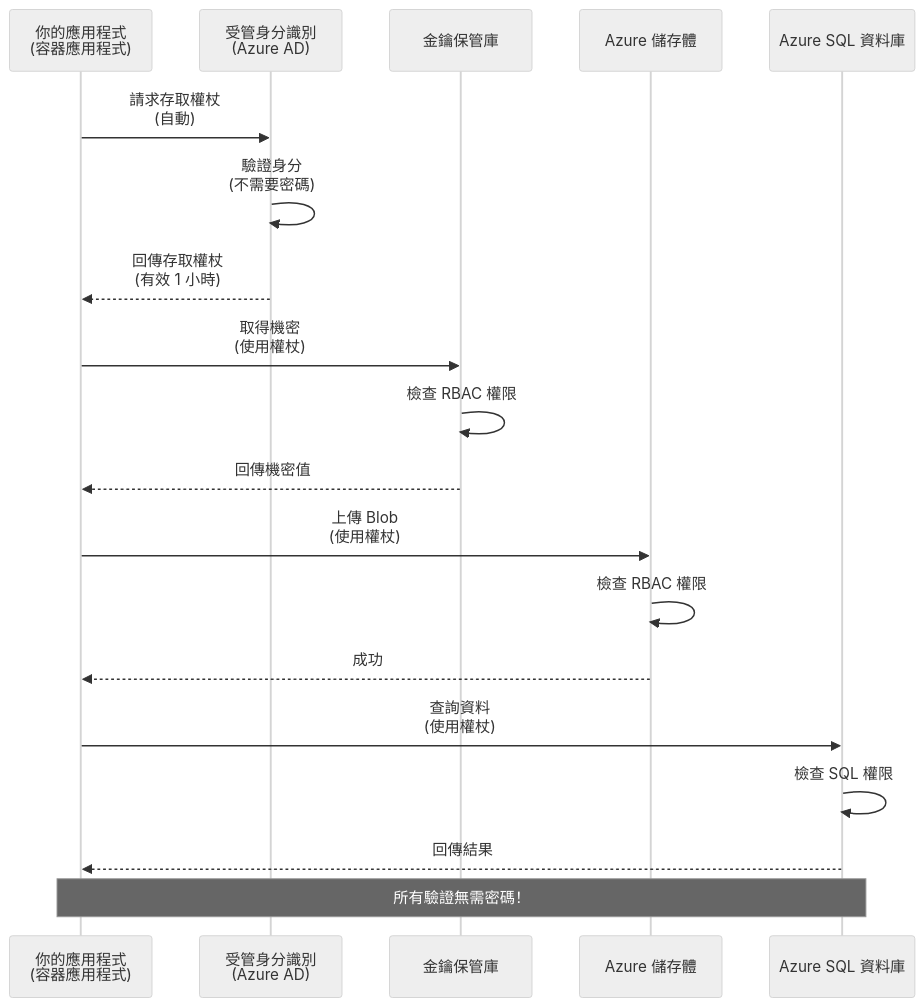
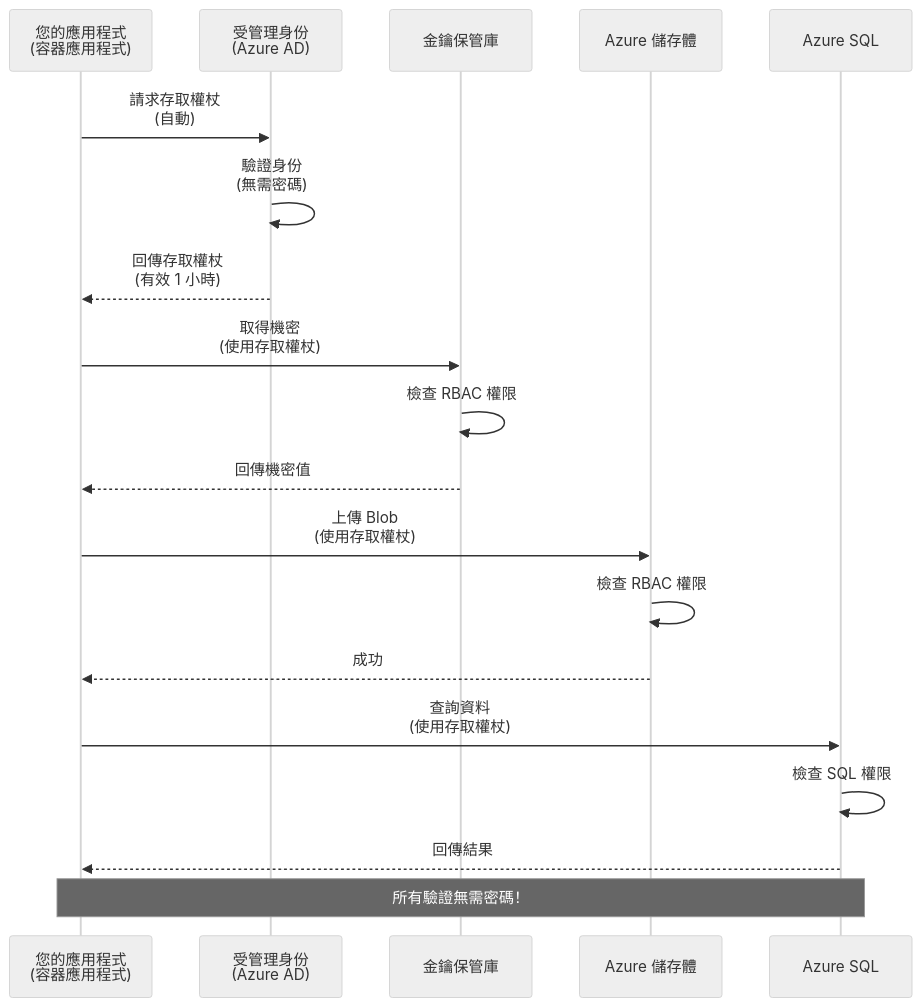
The first of 2 diagrams in translations/zh-MO/docs/chapter-03-configuration/authsecurity.md (microsoft/AZD-for-beginners), drawn with Mermaid (neutral theme) before and after one commit. The commit also changed other lines of this file and 101 other files, not shown here.

````diff
--- a/translations/zh-MO/docs/chapter-03-configuration/authsecurity.md
+++ b/translations/zh-MO/docs/chapter-03-configuration/authsecurity.md
@@ -69,26 +69,26 @@
 ```mermaid
 sequenceDiagram
-    participant App as 你的應用程式<br/>(容器應用程式)
-    participant MI as 受管身分識別<br/>(Azure AD)
+    participant App as 您的應用程式<br/>(容器應用程式)
+    participant MI as 受管理身份<br/>(Azure AD)
     participant KV as 金鑰保管庫
     participant Storage as Azure 儲存體
-    participant DB as Azure SQL 資料庫
+    participant DB as Azure SQL
     
     App->>MI: 請求存取權杖<br/>(自動)
-    MI->>MI: 驗證身分<br/>(不需要密碼)
+    MI->>MI: 驗證身份<br/>(無需密碼)
     MI-->>App: 回傳存取權杖<br/>(有效 1 小時)
     
-    App->>KV: 取得機密<br/>(使用權杖)
+    App->>KV: 取得機密<br/>(使用存取權杖)
     KV->>KV: 檢查 RBAC 權限
     KV-->>App: 回傳機密值
     
-    App->>Storage: 上傳 Blob<br/>(使用權杖)
+    App->>Storage: 上傳 Blob<br/>(使用存取權杖)
     Storage->>Storage: 檢查 RBAC 權限
     Storage-->>App: 成功
     
-    App->>DB: 查詢資料<br/>(使用權杖)
+    App->>DB: 查詢資料<br/>(使用存取權杖)
     DB->>DB: 檢查 SQL 權限
     DB-->>App: 回傳結果
     
     Note over App,DB: 所有驗證無需密碼！
 ```
````
